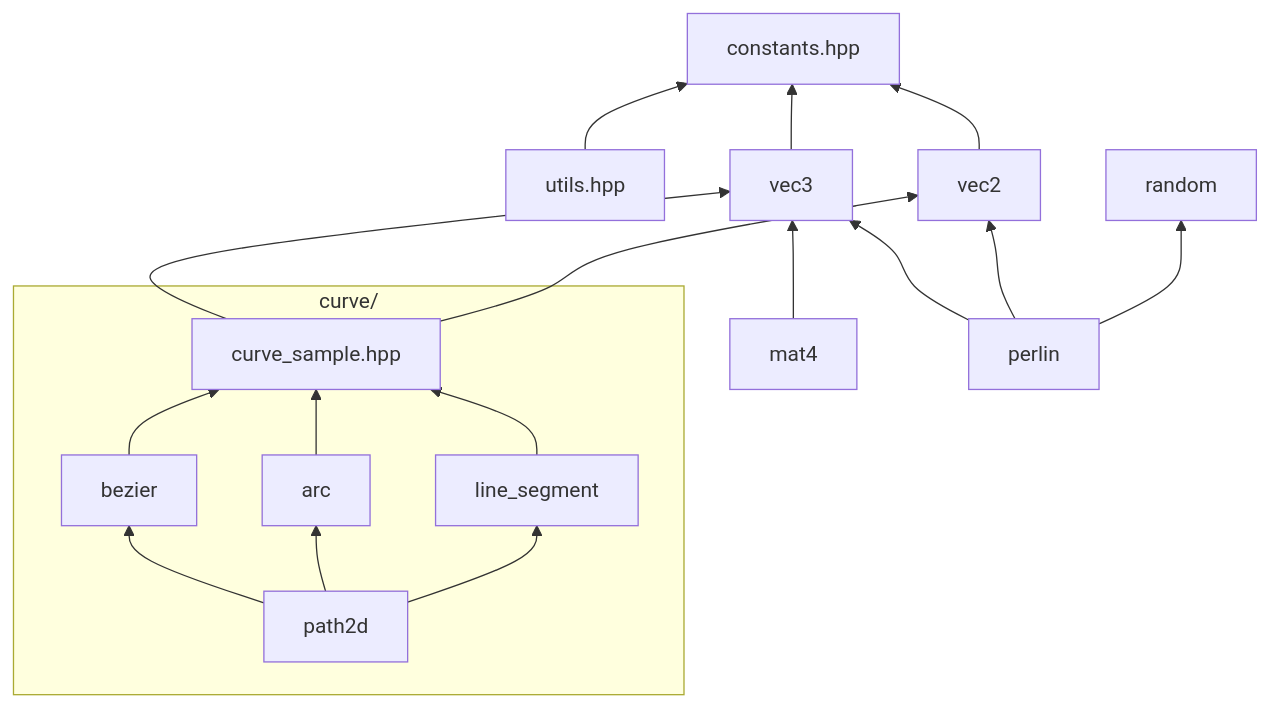
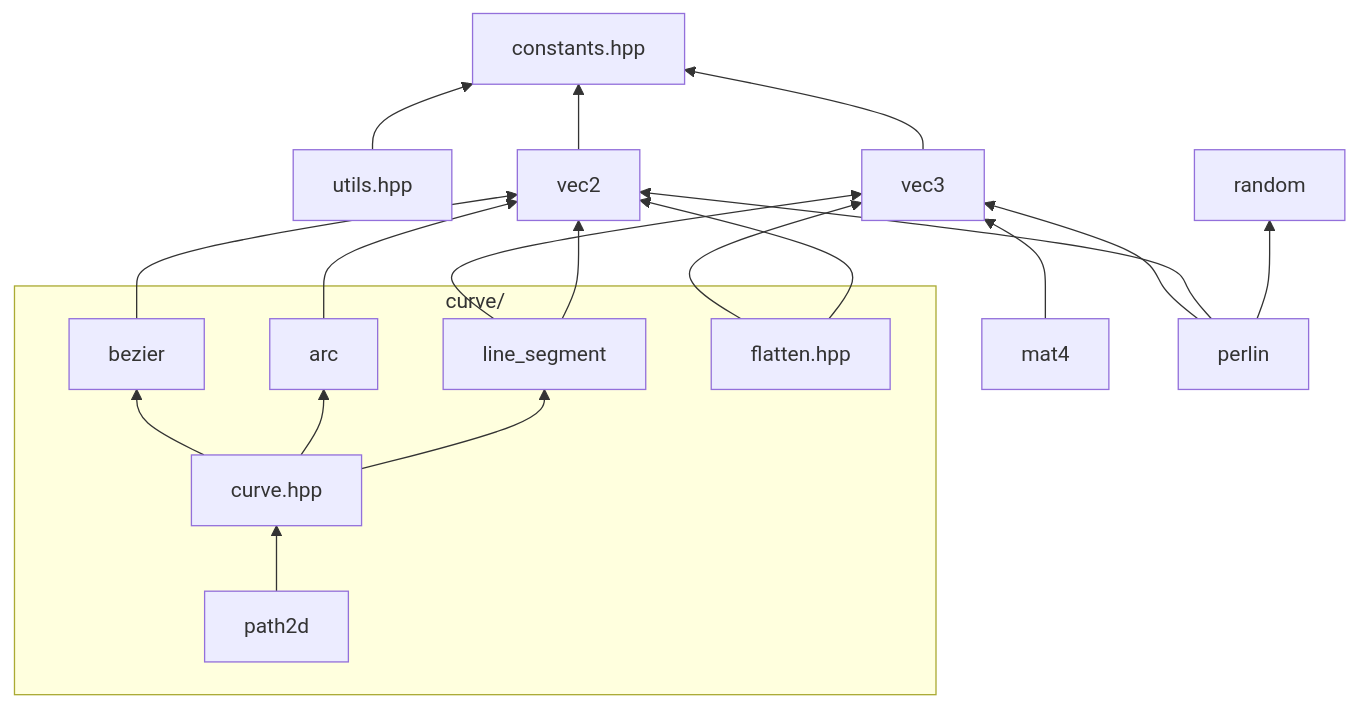
The diagram in src/math/README.md (YuanOwO/CG-hw2-robot), drawn with Mermaid before and after one commit. The commit also changed other lines of this file and 9 other files, not shown here.

First line of the commit message:
docs: 重寫曲線的說明文件並加上示意圖

````diff
--- a/src/math/README.md
+++ b/src/math/README.md
@@ -5,23 +5,26 @@
 ```mermaid
 graph BT
     constants[constants.hpp]
     utils[utils.hpp]
     vec2; vec3; mat4
     random; perlin
 
     subgraph curve/
-        curve_sample[curve_sample.hpp]
-        line_segment; arc; bezier; path2d
+        line_segment; arc; bezier
+        curve[curve.hpp]
+        flatten[flatten.hpp]
+        path2d
     end
 
     utils --> constants
     vec2 --> constants
     vec3 --> constants
     mat4 --> vec3
     perlin --> random & vec2 & vec3
-    curve_sample --> vec2 & vec3
-    line_segment --> curve_sample
-    arc --> curve_sample
-    bezier --> curve_sample
-    path2d --> line_segment & arc & bezier
+    line_segment --> vec2 & vec3
+    arc --> vec2
+    bezier --> vec2
+    flatten --> vec2 & vec3
+    curve --> line_segment & arc & bezier
+    path2d --> curve
 ```
````
